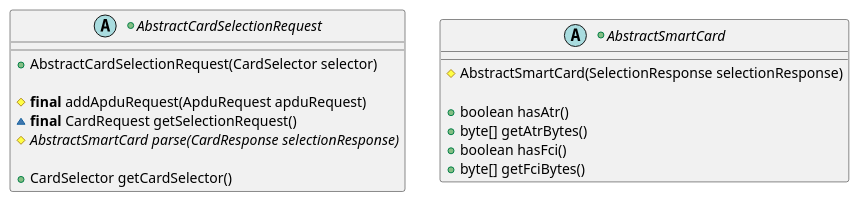
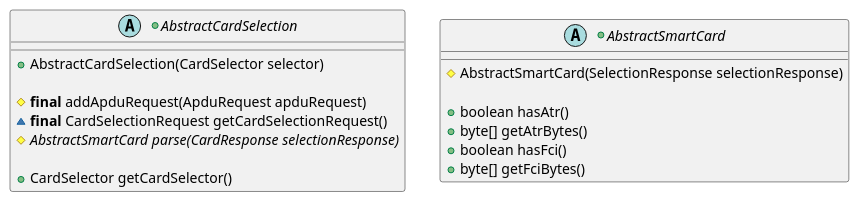
Before and after one commit to calypsonet/keyple: the third of 11 diagrams in src/KeypleCoreApi/puml/KeypleCore_CardSelection_ClassDiag_ClassElements.iuml, drawn with PlantUML. The commit also changed other lines of this file and 10 other files, not shown here.

Commit message:
Rename CardSelectionService

```diff
--- a/src/KeypleCoreApi/puml/KeypleCore_CardSelection_ClassDiag_ClassElements.iuml
+++ b/src/KeypleCoreApi/puml/KeypleCore_CardSelection_ClassDiag_ClassElements.iuml
@@ -36,20 +36,20 @@
 @startuml(id=SELECTION_REQUEST_1_0_0)
-+abstract AbstractCardSelectionRequest {
-  +AbstractCardSelectionRequest(CardSelector selector)
++abstract AbstractCardSelection {
+  +AbstractCardSelection(CardSelector selector)
 
   #<b>final</b> addApduRequest(ApduRequest apduRequest)
-  ~<b>final</b> CardRequest getSelectionRequest()
+  ~<b>final</b> CardSelectionRequest getCardSelectionRequest()
   {abstract} #AbstractSmartCard parse(CardResponse selectionResponse)
 
   +CardSelector getCardSelector()
 }
 
 +abstract AbstractSmartCard {
   #AbstractSmartCard(SelectionResponse selectionResponse)
 
   +boolean hasAtr()
   +byte[] getAtrBytes()
   +boolean hasFci()
   +byte[] getFciBytes()
 }
 @enduml
```
